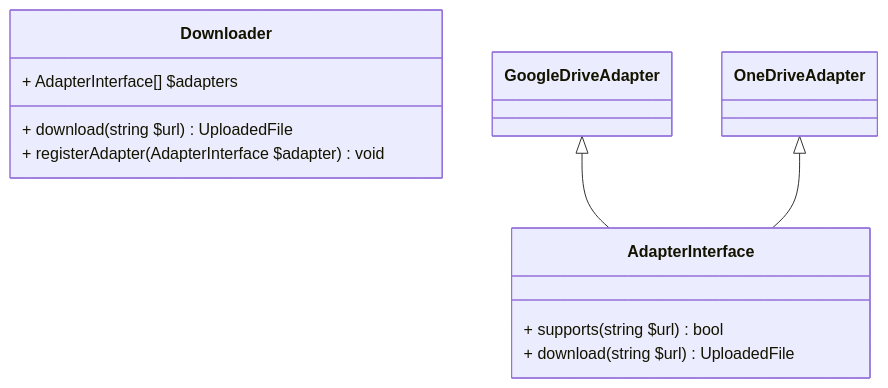
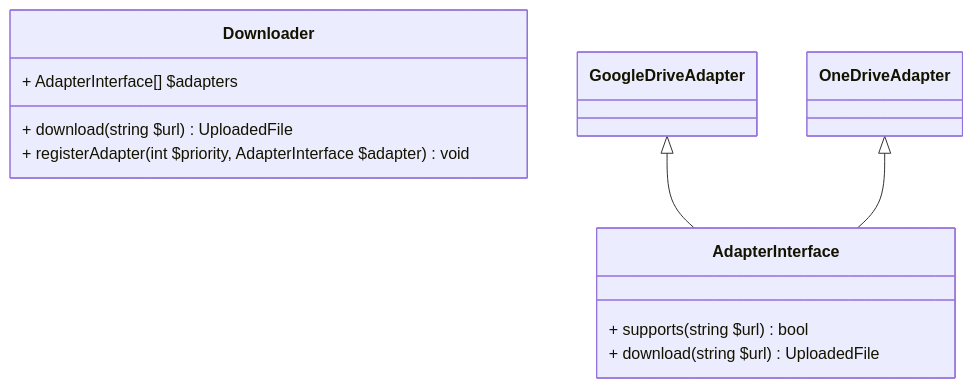
One commit to kix/evermed-test changed the diagram in README.md. Above: the diagram before and after it, drawn with Mermaid. The commit also changed other lines of this file, not shown here.

Commit message:
Update the class diagram to include the priority parameter, describe the application flow

````diff
--- a/README.md
+++ b/README.md
@@ -32,22 +32,22 @@
 ```mermaid
 classDiagram
     class Downloader {
         + AdapterInterface[] $adapters
         + download(string $url) UploadedFile
-        + registerAdapter(AdapterInterface $adapter) void
+        + registerAdapter(int $priority, AdapterInterface $adapter) void
     }
 
     class AdapterInterface {
         + supports(string $url) bool
         + download(string $url) UploadedFile
     }
 
     class GoogleDriveAdapter {
     }
 
     class OneDriveAdapter {
     }
 
     GoogleDriveAdapter <|-- AdapterInterface
     OneDriveAdapter <|-- AdapterInterface
 ```
````
